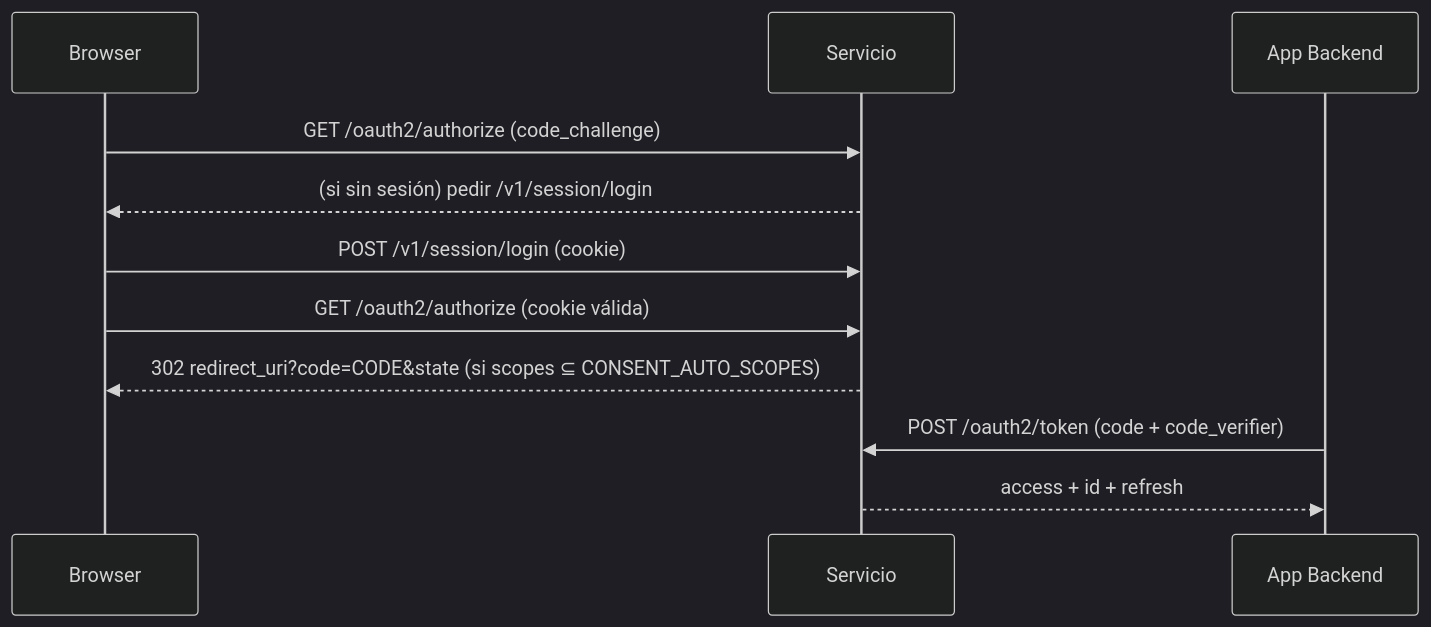
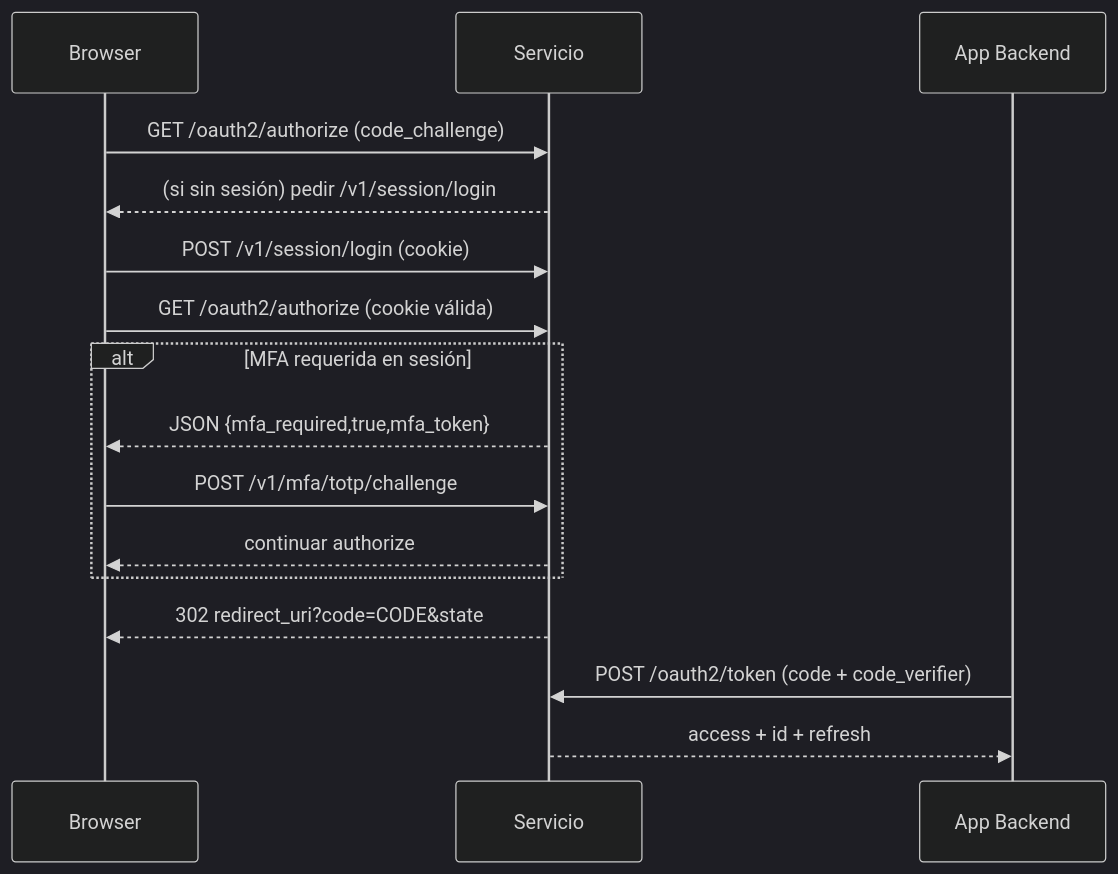
One commit to dropDatabas3/hellojohn changed the third of 4 diagrams in README.md. Above: the diagram before and after it, drawn with Mermaid (dark theme). The commit also changed other lines of this file, not shown here.

````diff
--- a/README.md
+++ b/README.md
@@ -523,13 +276,18 @@
 ```mermaid
 sequenceDiagram
 participant B as Browser
 participant S as Servicio
 participant A as App Backend
 B->>S: GET /oauth2/authorize (code_challenge)
 S-->>B: (si sin sesión) pedir /v1/session/login
 B->>S: POST /v1/session/login (cookie)
 B->>S: GET /oauth2/authorize (cookie válida)
-S-->>B: 302 redirect_uri?code=CODE&state (si scopes ⊆ CONSENT_AUTO_SCOPES)
+alt MFA requerida en sesión
+  S-->>B: JSON {mfa_required,true,mfa_token}
+  B->>S: POST /v1/mfa/totp/challenge
+  S-->>B: continuar authorize
+end
+S-->>B: 302 redirect_uri?code=CODE&state
 A->>S: POST /oauth2/token (code + code_verifier)
 S-->>A: access + id + refresh
 ```
````
